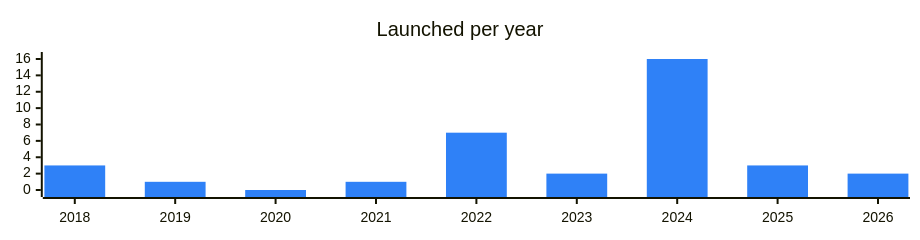
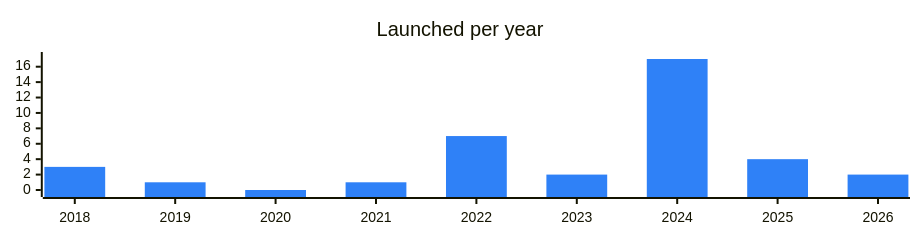
The diagram in categories/audit.md (vitalikgpt/gram-ecosystem), drawn with Mermaid before and after one commit. The commit also changed other lines of this file and 69 other files, not shown here.

````diff
--- a/categories/audit.md
+++ b/categories/audit.md
@@ -7,7 +7,7 @@
 ```mermaid
 %%{init: {"xyChart": {"width": 900, "height": 220}, "themeVariables": {"xyChart": {"plotColorPalette": "#2f81f7"}}}}%%
 xychart-beta
   title "Launched per year"
   x-axis ["2018", "2019", "2020", "2021", "2022", "2023", "2024", "2025", "2026"]
-  bar [3, 1, 0, 1, 7, 2, 16, 3, 2]
+  bar [3, 1, 0, 1, 7, 2, 17, 4, 2]
 ```
````
